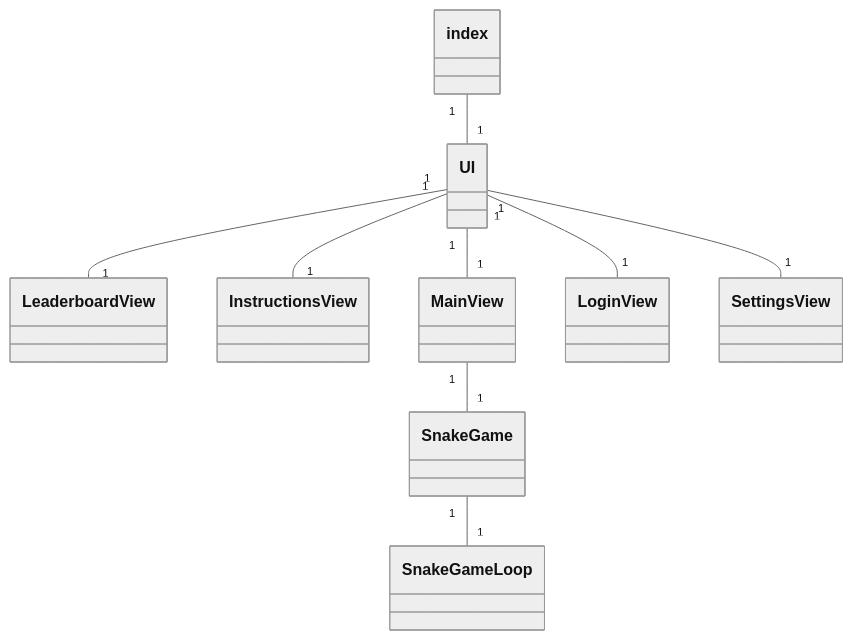
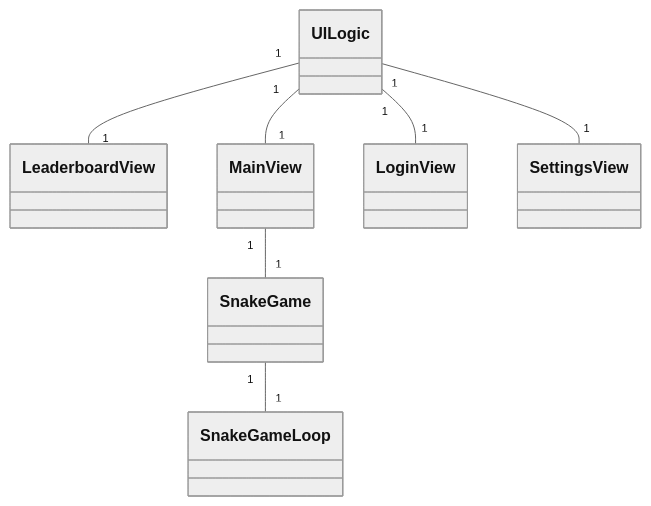
Before and after one commit to Perttu-Kangas/ohte: the first of 2 diagrams in harjoitustyo/dokumentaatio/arkkitehtuuri.md, drawn with Mermaid (neutral theme). The commit also changed other lines of this file and 4 other files, not shown here.

Commit message:
Added sequence diagram and updated changelog

````diff
--- a/harjoitustyo/dokumentaatio/arkkitehtuuri.md
+++ b/harjoitustyo/dokumentaatio/arkkitehtuuri.md
@@ -1,11 +2,9 @@
 ```mermaid
 classDiagram
-    index "1" -- "1" UI
-    UI "1" -- "1" LeaderboardView
-    UI "1" -- "1" InstructionsView
-    UI "1" -- "1" MainView
-    UI "1" -- "1" LoginView
-    UI "1" -- "1" SettingsView
+    UILogic "1" -- "1" LeaderboardView
+    UILogic "1" -- "1" MainView
+    UILogic "1" -- "1" LoginView
+    UILogic "1" -- "1" SettingsView
     MainView "1" -- "1" SnakeGame
     SnakeGame "1" -- "1" SnakeGameLoop
 ```
````
